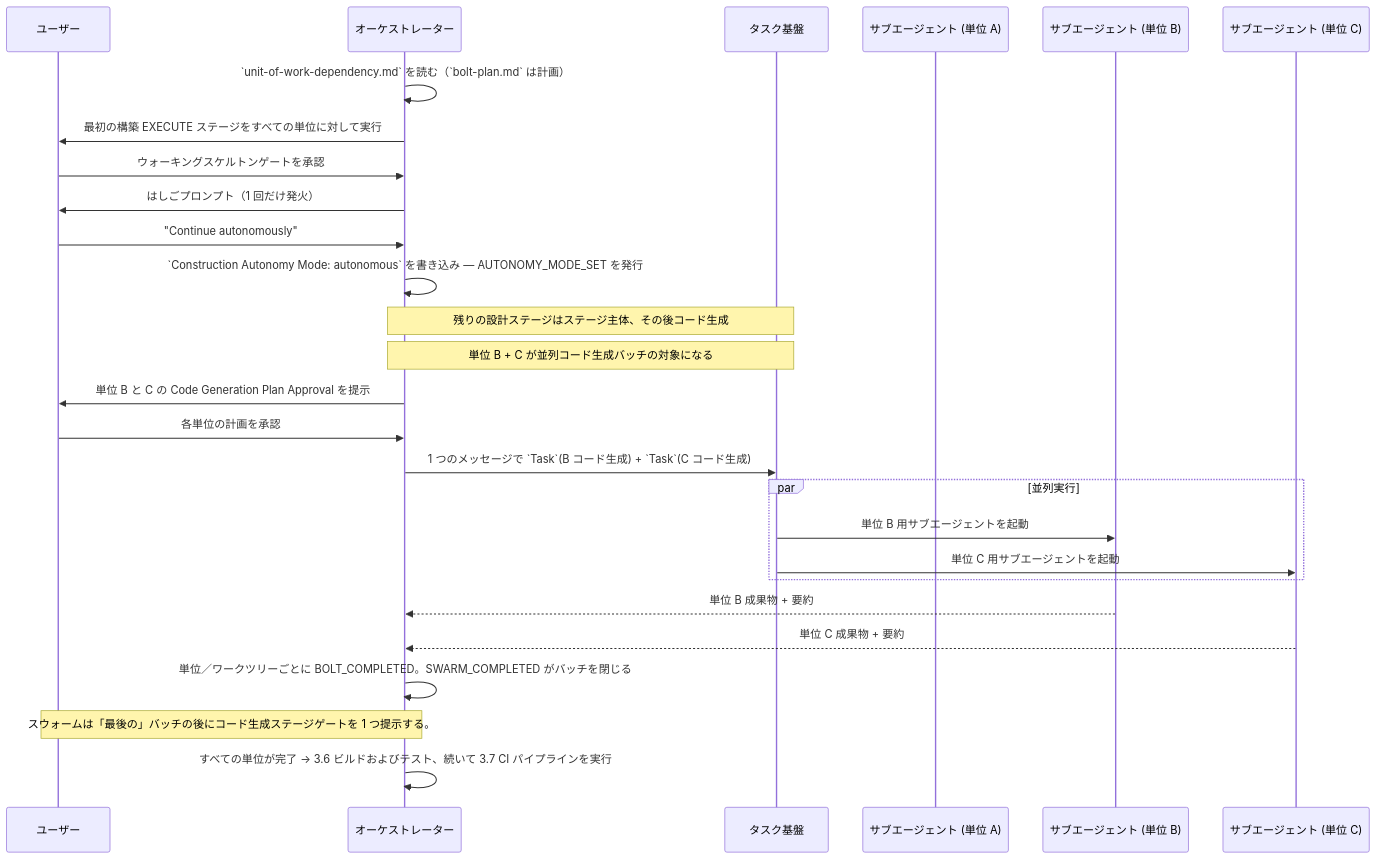
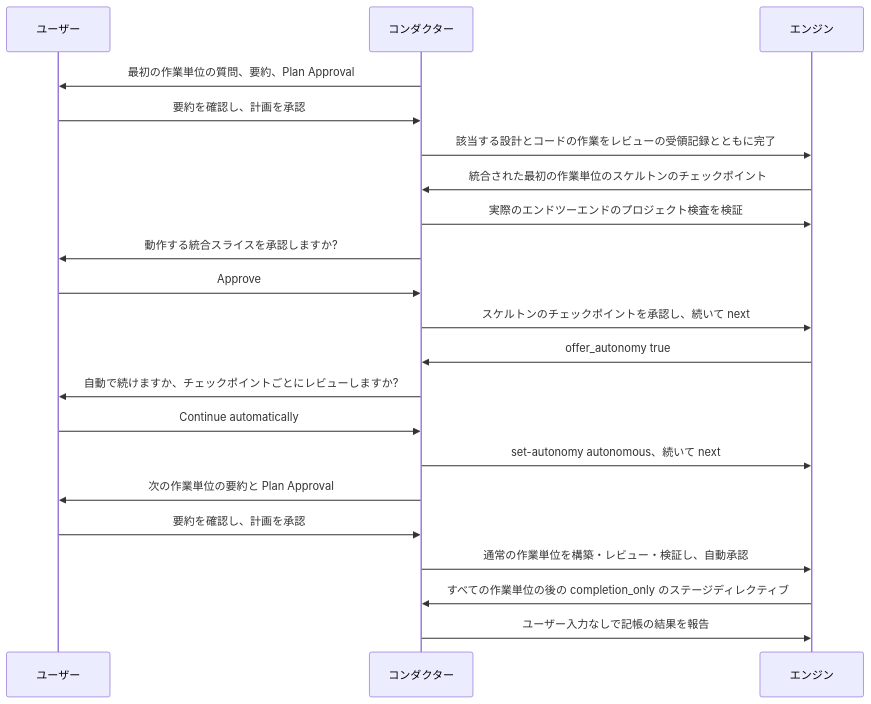
The third of 4 diagrams in docs/reference/ja/03-orchestrator.md (otomatty/aidlc-guide), drawn with Mermaid before and after one commit. The commit also changed other lines of this file and 832 other files, not shown here.

First line of the commit message:
Enhance plan approval workflow and PowerShell command parsing (#192)

````diff
--- a/docs/reference/ja/03-orchestrator.md
+++ b/docs/reference/ja/03-orchestrator.md
@@ -457,32 +495,23 @@
 ```mermaid
 sequenceDiagram
     participant U as ユーザー
-    participant O as オーケストレーター
-    participant T as タスク基盤
-    participant UA as サブエージェント (単位 A)
-    participant UB as サブエージェント (単位 B)
-    participant UC as サブエージェント (単位 C)
-
-    O->>O: `unit-of-work-dependency.md` を読む（`bolt-plan.md` は計画）
-    O->>U: 最初の構築 EXECUTE ステージをすべての単位に対して実行
-    U->>O: ウォーキングスケルトンゲートを承認
-    O->>U: はしごプロンプト（1 回だけ発火）
-    U->>O: "Continue autonomously"
-    O->>O: `Construction Autonomy Mode: autonomous` を書き込み — AUTONOMY_MODE_SET を発行
-
-    Note over O,T: 残りの設計ステージはステージ主体、その後コード生成
-    Note over O,T: 単位 B + C が並列コード生成バッチの対象になる
-    O->>U: 単位 B と C の Code Generation Plan Approval を提示
-    U->>O: 各単位の計画を承認
-    O->>T: 1 つのメッセージで `Task`(B コード生成) + `Task`(C コード生成)
-    par 並列実行
-        T->>UB: 単位 B 用サブエージェントを起動
-        T->>UC: 単位 C 用サブエージェントを起動
-    end
-    UB-->>O: 単位 B 成果物 + 要約
-    UC-->>O: 単位 C 成果物 + 要約
-    O->>O: 単位／ワークツリーごとに BOLT_COMPLETED。SWARM_COMPLETED がバッチを閉じる
-    Note over O,U: スウォームは「最後の」バッチの後にコード生成ステージゲートを 1 つ提示する。
-
-    O->>O: すべての単位が完了 → 3.6 ビルドおよびテスト、続いて 3.7 CI パイプラインを実行
+    participant C as コンダクター
+    participant E as エンジン
+    C->>U: 最初の作業単位の質問、要約、Plan Approval
+    U->>C: 要約を確認し、計画を承認
+    C->>E: 該当する設計とコードの作業をレビューの受領記録とともに完了
+    E->>C: 統合された最初の作業単位のスケルトンのチェックポイント
+    C->>E: 実際のエンドツーエンドのプロジェクト検査を検証
+    C->>U: 動作する統合スライスを承認しますか?
+    U->>C: Approve
+    C->>E: スケルトンのチェックポイントを承認し、続いて next
+    E->>C: offer_autonomy true
+    C->>U: 自動で続けますか、チェックポイントごとにレビューしますか?
+    U->>C: Continue automatically
+    C->>E: set-autonomy autonomous、続いて next
+    C->>U: 次の作業単位の要約と Plan Approval
+    U->>C: 要約を確認し、計画を承認
+    C->>E: 通常の作業単位を構築・レビュー・検証し、自動承認
+    E->>C: すべての作業単位の後の completion_only のステージディレクティブ
+    C->>E: ユーザー入力なしで記帳の結果を報告
 ```
````
